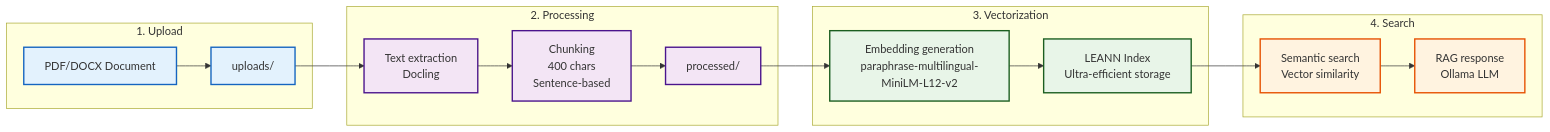
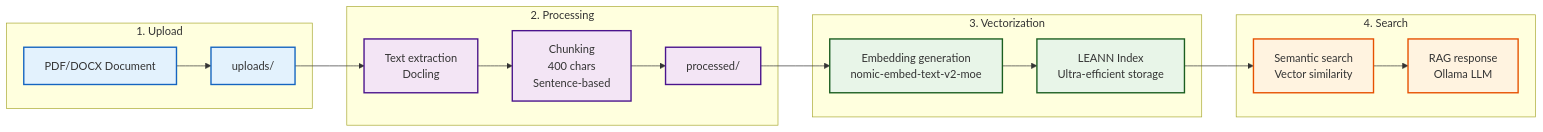
Before and after one commit to Mil100057/Myr-Ag-system: the second of 4 diagrams in docs/data_structure_explanation.md, drawn with Mermaid. The commit also changed other lines of this file and 24 other files, not shown here.

````diff
--- a/docs/data_structure_explanation.md
+++ b/docs/data_structure_explanation.md
@@ -194,32 +253,32 @@
 ```mermaid
 flowchart LR
     subgraph Upload["1. Upload"]
         A["PDF/DOCX Document"] --> B["uploads/"]
     end
-    
+  
     subgraph Processing["2. Processing"]
         B --> C["Text extraction<br/>Docling"]
         C --> D["Chunking<br/>400 chars<br/>Sentence-based"]
         D --> E["processed/"]
     end
-    
+  
     subgraph Vectorization["3. Vectorization"]
-        E --> F["Embedding generation<br/>paraphrase-multilingual-MiniLM-L12-v2"]
+        E --> F["Embedding generation<br/>nomic-embed-text-v2-moe"]
         F --> G["LEANN Index<br/>Ultra-efficient storage"]
     end
-    
+  
     subgraph Search["4. Search"]
         G --> H["Semantic search<br/>Vector similarity"]
         H --> I["RAG response<br/>Ollama LLM"]
     end
-    
+  
     classDef uploadStep fill:#e3f2fd,stroke:#1565c0,stroke-width:2px
     classDef processStep fill:#f3e5f5,stroke:#4a148c,stroke-width:2px
     classDef vectorStep fill:#e8f5e8,stroke:#1b5e20,stroke-width:2px
     classDef searchStep fill:#fff3e0,stroke:#e65100,stroke-width:2px
-    
+  
     class A,B uploadStep
     class C,D,E processStep
     class F,G vectorStep
     class H,I searchStep
 ```
````
